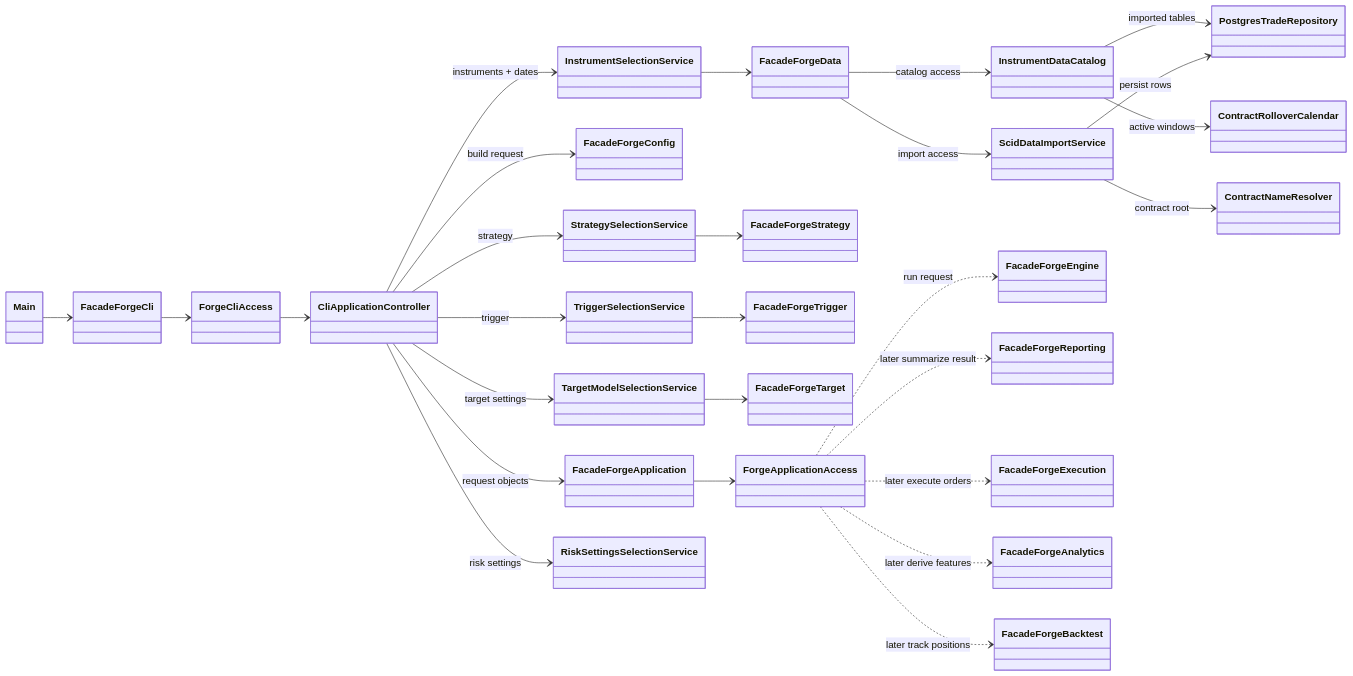
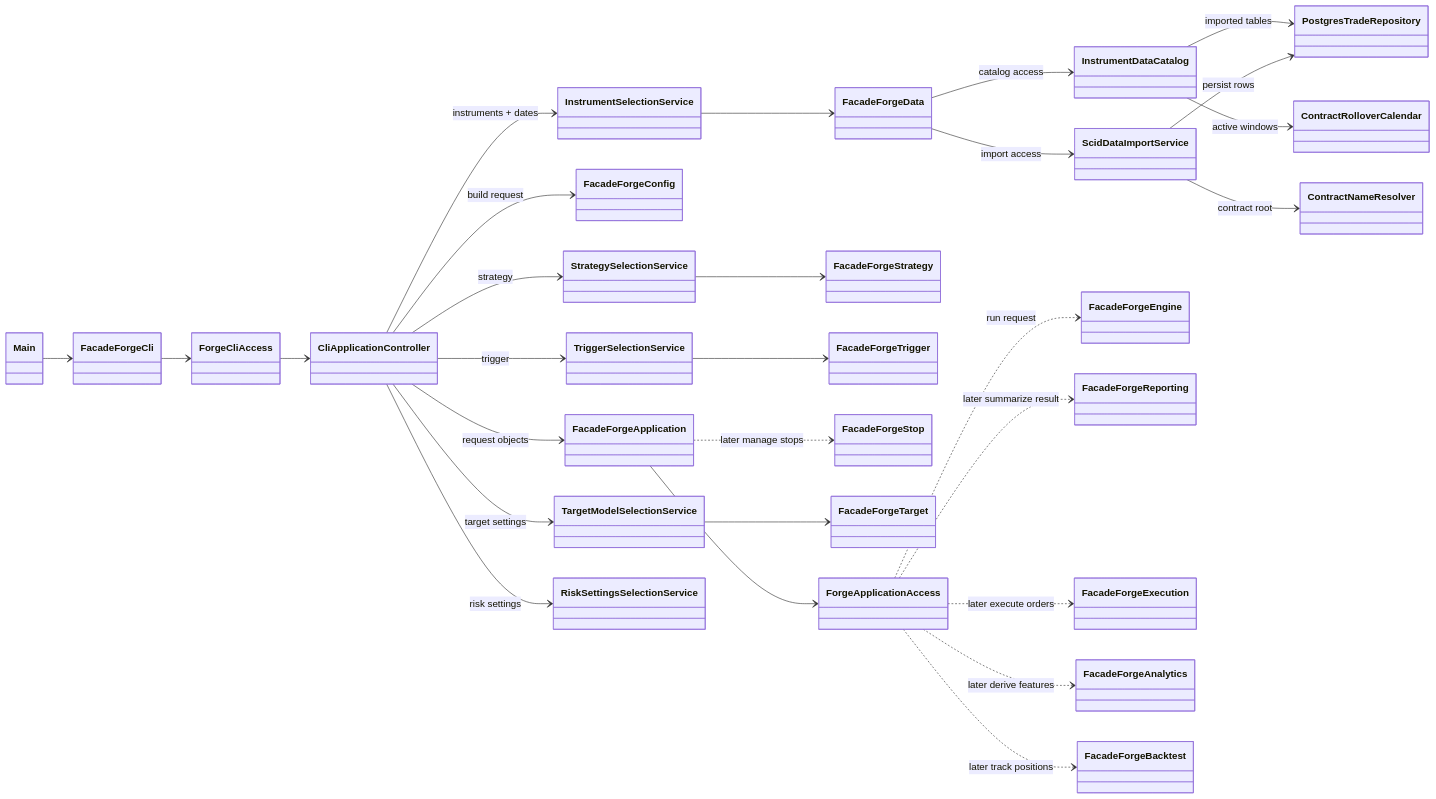
The first of 20 diagrams in class-model.md (probst-paul/FORGE), drawn with Mermaid before and after one commit. The commit also changed other lines of this file and 23 other files, not shown here.

````diff
--- a/class-model.md
+++ b/class-model.md
@@ -5,60 +5,62 @@
 ```mermaid
 classDiagram
     direction LR
 
     class Main
     class FacadeForgeCli
     class ForgeCliAccess
     class CliApplicationController
     class FacadeForgeApplication
     class FacadeForgeConfig
     class FacadeForgeData
     class InstrumentDataCatalog
     class ContractNameResolver
     class ScidDataImportService
     class PostgresTradeRepository
     class ContractRolloverCalendar
     class FacadeForgeStrategy
     class FacadeForgeTrigger
+    class FacadeForgeStop
     class FacadeForgeTarget
     class FacadeForgeEngine
     class FacadeForgeReporting
     class FacadeForgeExecution
     class FacadeForgeAnalytics
     class FacadeForgeBacktest
     class ForgeApplicationAccess
     class InstrumentSelectionService
     class StrategySelectionService
     class TriggerSelectionService
     class TargetModelSelectionService
     class RiskSettingsSelectionService
 
     Main --> FacadeForgeCli
     FacadeForgeCli --> ForgeCliAccess
     ForgeCliAccess --> CliApplicationController
     CliApplicationController --> FacadeForgeApplication : request objects
     FacadeForgeApplication --> ForgeApplicationAccess
     CliApplicationController --> InstrumentSelectionService : instruments + dates
     CliApplicationController --> StrategySelectionService : strategy
     CliApplicationController --> RiskSettingsSelectionService : risk settings
     CliApplicationController --> TriggerSelectionService : trigger
     CliApplicationController --> TargetModelSelectionService : target settings
     CliApplicationController --> FacadeForgeConfig : build request
 
     InstrumentSelectionService --> FacadeForgeData
     FacadeForgeData --> InstrumentDataCatalog : catalog access
     FacadeForgeData --> ScidDataImportService : import access
     InstrumentDataCatalog --> PostgresTradeRepository : imported tables
     InstrumentDataCatalog --> ContractRolloverCalendar : active windows
     ScidDataImportService --> ContractNameResolver : contract root
     ScidDataImportService --> PostgresTradeRepository : persist rows
     StrategySelectionService --> FacadeForgeStrategy
     TriggerSelectionService --> FacadeForgeTrigger
+    FacadeForgeApplication ..> FacadeForgeStop : later manage stops
     TargetModelSelectionService --> FacadeForgeTarget
 
     ForgeApplicationAccess ..> FacadeForgeEngine : run request
     ForgeApplicationAccess ..> FacadeForgeExecution : later execute orders
     ForgeApplicationAccess ..> FacadeForgeReporting : later summarize result
     ForgeApplicationAccess ..> FacadeForgeAnalytics : later derive features
     ForgeApplicationAccess ..> FacadeForgeBacktest : later track positions
 ```
````
